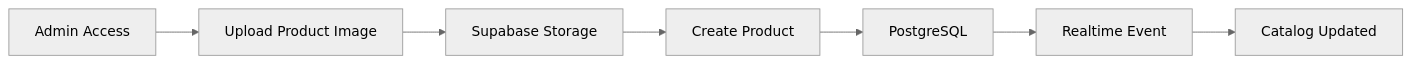
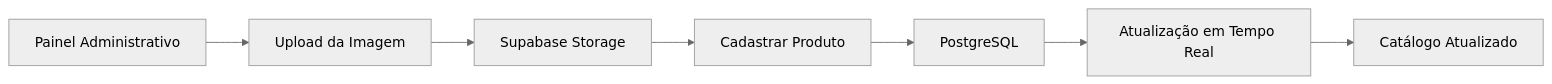
Before and after one commit to LorenzoOMN/ECOA-Ecommerce: the third of 6 diagrams in README.md, drawn with Mermaid (neutral theme). The commit also changed other lines of this file, not shown here.

````diff
--- a/README.md
+++ b/README.md
@@ -152,17 +229,17 @@
 ```mermaid
 flowchart LR
 
-A[Admin Access]
+A[Painel Administrativo]
 
-A --> B[Upload Product Image]
+A --> B[Upload da Imagem]
 
 B --> C[Supabase Storage]
 
-C --> D[Create Product]
+C --> D[Cadastrar Produto]
 
 D --> E[PostgreSQL]
 
-E --> F[Realtime Event]
+E --> F[Atualização em Tempo Real]
 
-F --> G[Catalog Updated]
+F --> G[Catálogo Atualizado]
 ```
````
